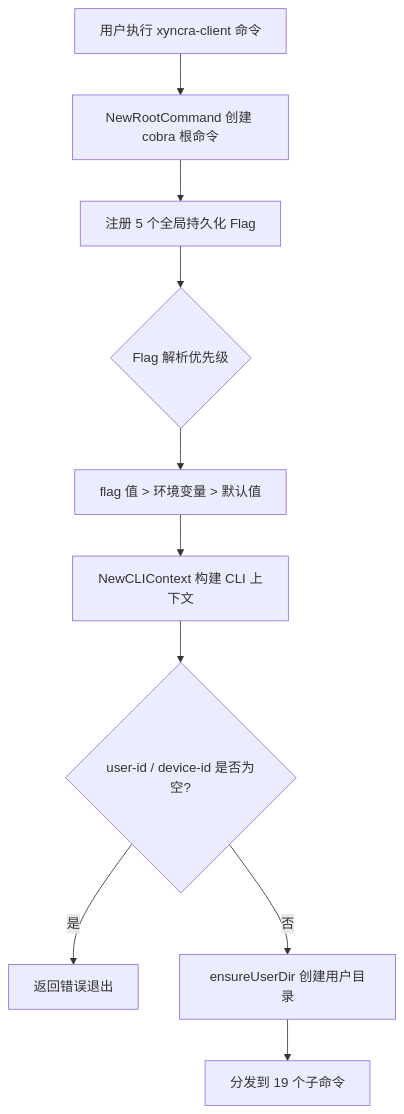
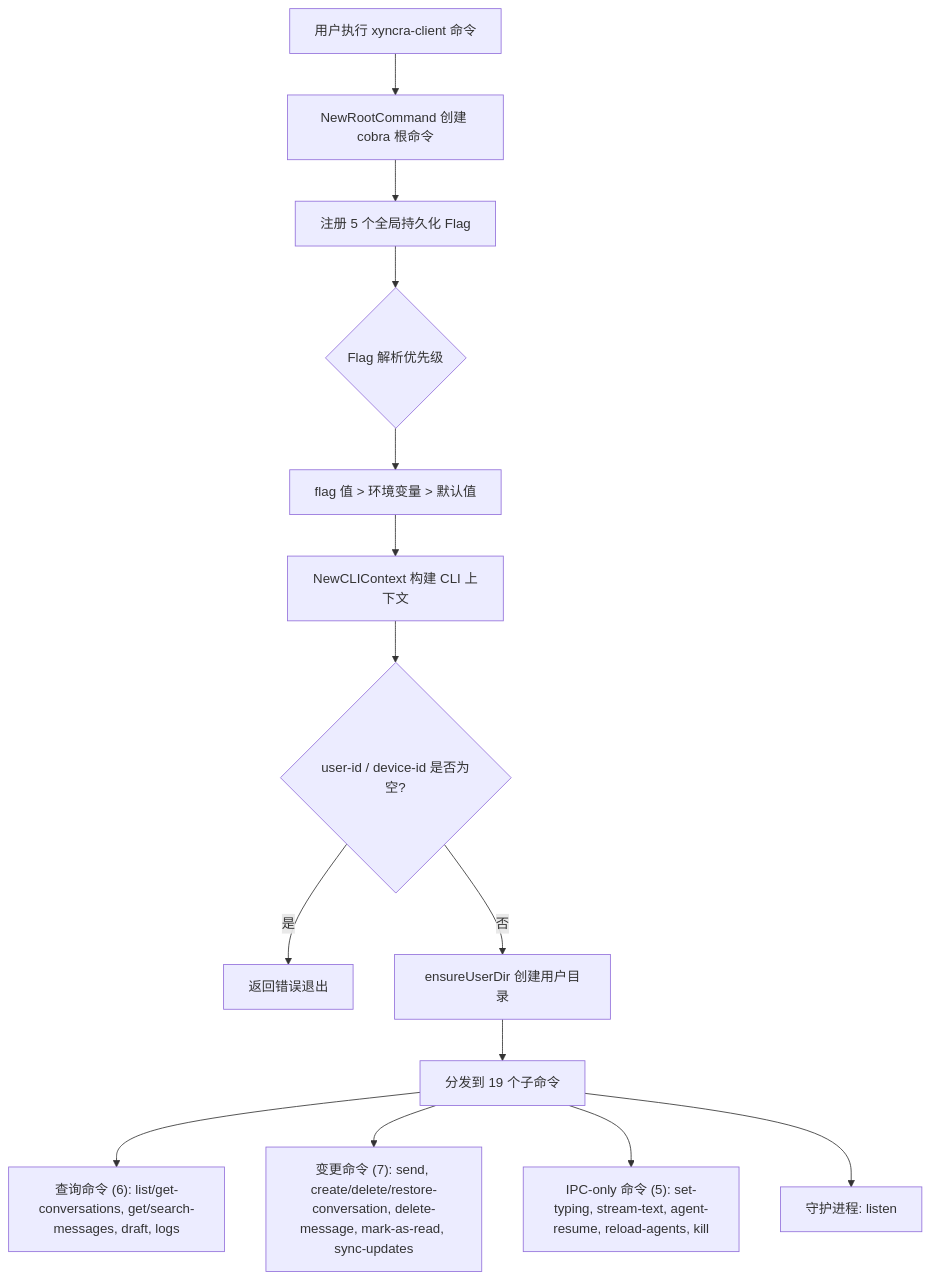
One commit to PineappleBond/xyncra-server changed the first of 15 diagrams in wiki/flows/cli-observability.md. Above: the diagram before and after it, drawn with Mermaid. The commit also changed other lines of this file and 21 other files, not shown here.

Commit message:
docs(wiki): add edge cases and fix inaccuracies across all flow documents

````diff
--- a/wiki/flows/cli-observability.md
+++ b/wiki/flows/cli-observability.md
@@ -12,12 +12,16 @@
 ```mermaid
 flowchart TD
     A[用户执行 xyncra-client 命令] --> B[NewRootCommand 创建 cobra 根命令]
     B --> C[注册 5 个全局持久化 Flag]
     C --> D{Flag 解析优先级}
     D --> E["flag 值 > 环境变量 > 默认值"]
     E --> F[NewCLIContext 构建 CLI 上下文]
     F --> G{user-id / device-id 是否为空?}
     G -->|是| H[返回错误退出]
     G -->|否| I[ensureUserDir 创建用户目录]
     I --> J[分发到 19 个子命令]
+    J --> J1["查询命令 (6): list/get-conversations, get/search-messages, draft, logs"]
+    J --> J2["变更命令 (7): send, create/delete/restore-conversation, delete-message, mark-as-read, sync-updates"]
+    J --> J3["IPC-only 命令 (5): set-typing, stream-text, agent-resume, reload-agents, kill"]
+    J --> J4["守护进程: listen"]
 ```
````
